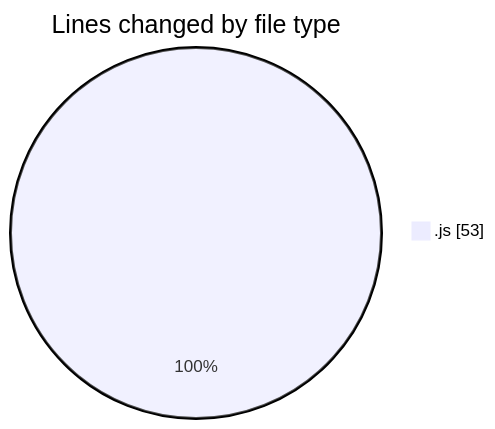
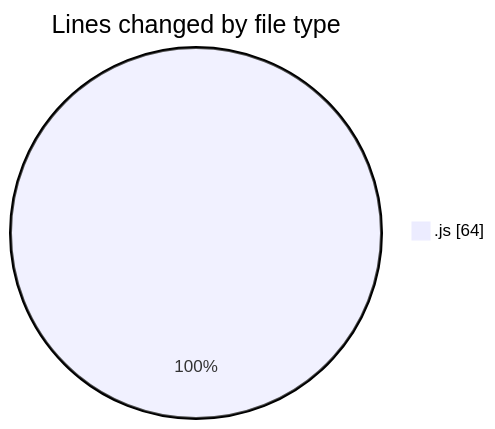
One commit to BS-eng2023/code-tracking changed the first of 2 diagrams in 2025-03-31/jsvms/README.md. Above: the diagram before and after it, drawn with Mermaid. The commit also changed other lines of this file and 1 other file, not shown here.

````diff
--- a/2025-03-31/jsvms/README.md
+++ b/2025-03-31/jsvms/README.md
@@ -20,5 +20,5 @@
 ```mermaid
 pie showData
 title Lines changed by file type
-".js" : 53
+".js" : 64
 ```
````
